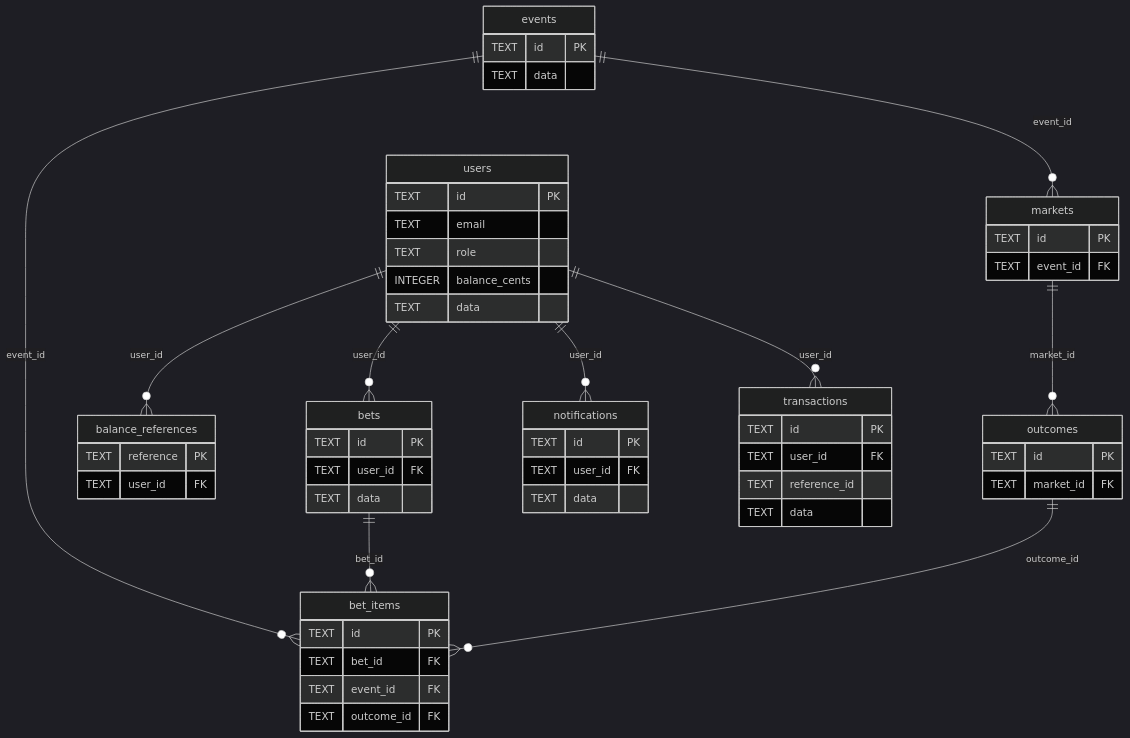
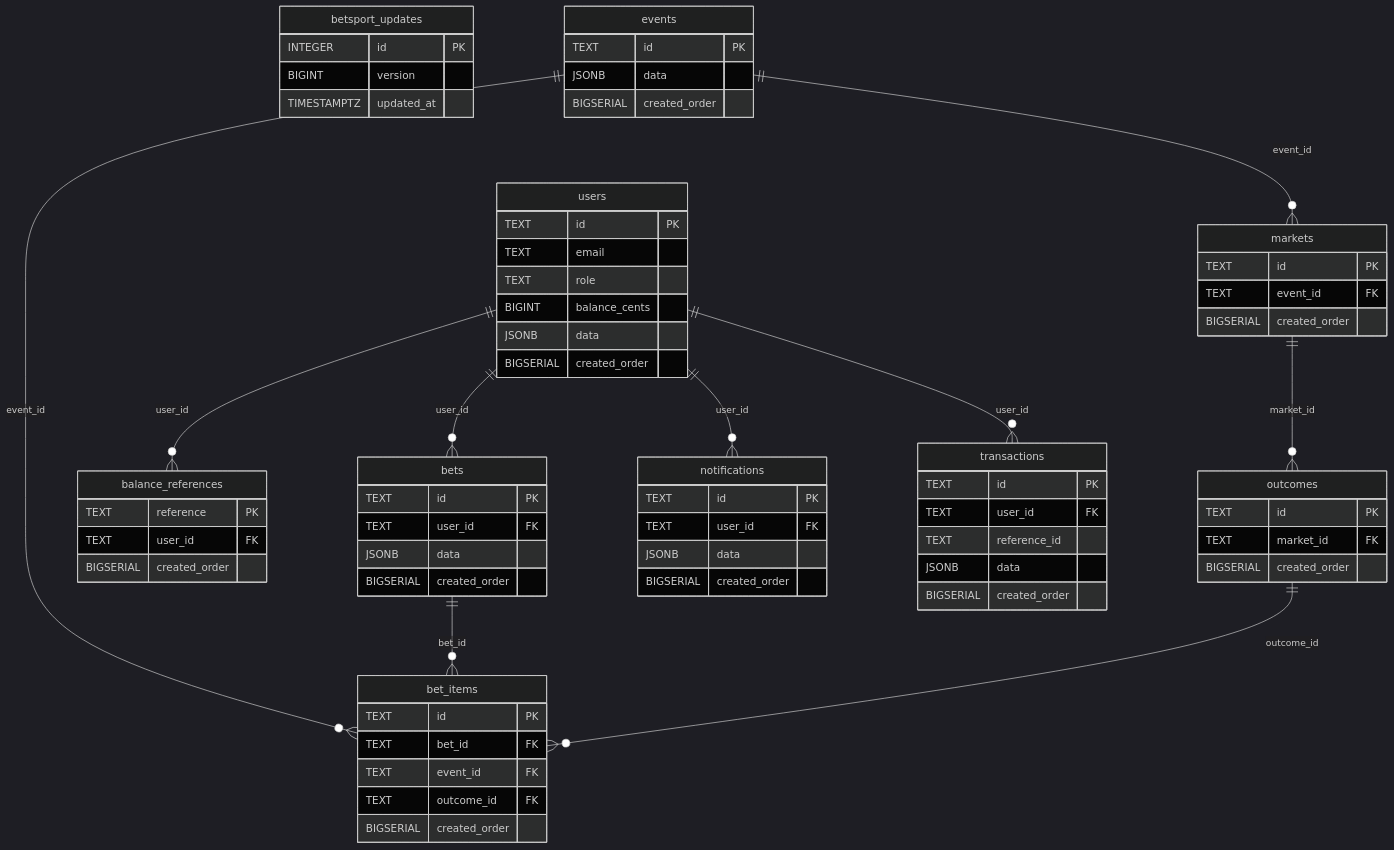
Before and after one commit to UPT-FAING-EPIS/si784-2026-ii-si784-2026-ii-examen-u1-miltom123: the first of 4 diagrams in docs/DOCUMENTACION_SISTEMA.md, drawn with Mermaid (dark theme). The commit also changed other lines of this file and 17 other files, not shown here.

````diff
--- a/docs/DOCUMENTACION_SISTEMA.md
+++ b/docs/DOCUMENTACION_SISTEMA.md
@@ -243,57 +287,72 @@
 ```mermaid
 erDiagram
   balance_references {
     TEXT reference PK
     TEXT user_id FK
+    BIGSERIAL created_order
   }
   bet_items {
     TEXT id PK
     TEXT bet_id FK
     TEXT event_id FK
     TEXT outcome_id FK
+    BIGSERIAL created_order
   }
   bets {
     TEXT id PK
     TEXT user_id FK
-    TEXT data
+    JSONB data
+    BIGSERIAL created_order
+  }
+  betsport_updates {
+    INTEGER id PK
+    BIGINT version
+    TIMESTAMPTZ updated_at
   }
   events {
     TEXT id PK
-    TEXT data
+    JSONB data
+    BIGSERIAL created_order
   }
   markets {
     TEXT id PK
     TEXT event_id FK
+    BIGSERIAL created_order
   }
   notifications {
     TEXT id PK
     TEXT user_id FK
-    TEXT data
+    JSONB data
+    BIGSERIAL created_order
   }
   outcomes {
     TEXT id PK
     TEXT market_id FK
+    BIGSERIAL created_order
   }
   transactions {
     TEXT id PK
     TEXT user_id FK
     TEXT reference_id
-    TEXT data
+    JSONB data
+    BIGSERIAL created_order
   }
   users {
     TEXT id PK
     TEXT email
     TEXT role
-    INTEGER balance_cents
-    TEXT data
+    BIGINT balance_cents
+    JSONB data
+    BIGSERIAL created_order
   }
   users ||--o{ balance_references : "user_id"
+  bets ||--o{ bet_items : "bet_id"
+  events ||--o{ bet_items : "event_id"
   outcomes ||--o{ bet_items : "outcome_id"
-  events ||--o{ bet_items : "event_id"
-  bets ||--o{ bet_items : "bet_id"
   users ||--o{ bets : "user_id"
   events ||--o{ markets : "event_id"
   users ||--o{ notifications : "user_id"
   markets ||--o{ outcomes : "market_id"
   users ||--o{ transactions : "user_id"
+
 ```
````
